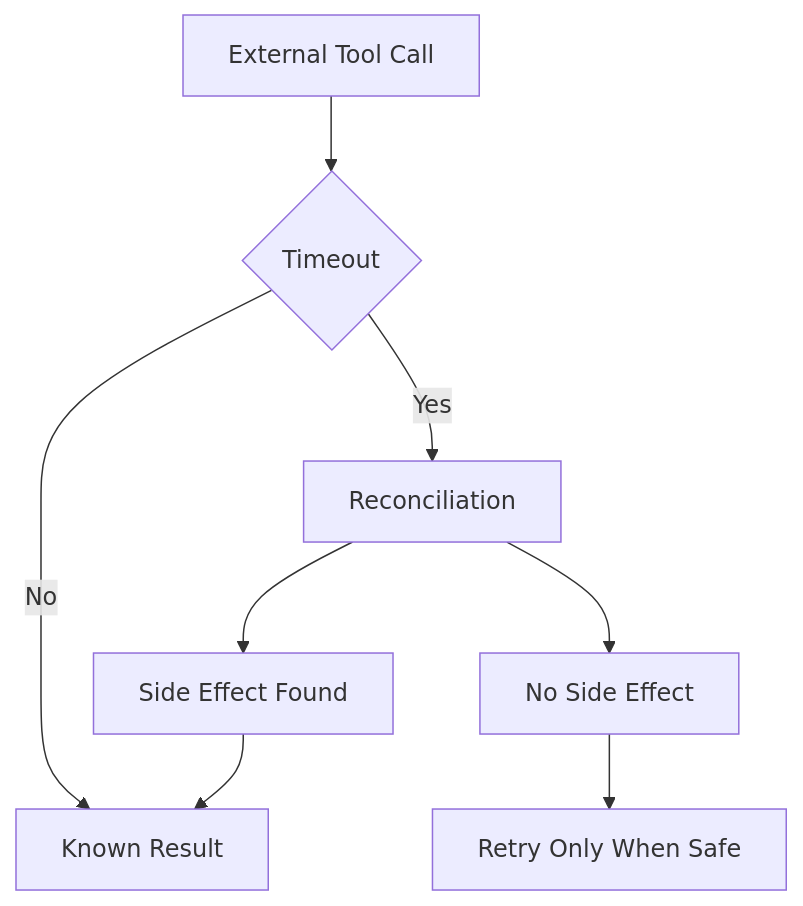
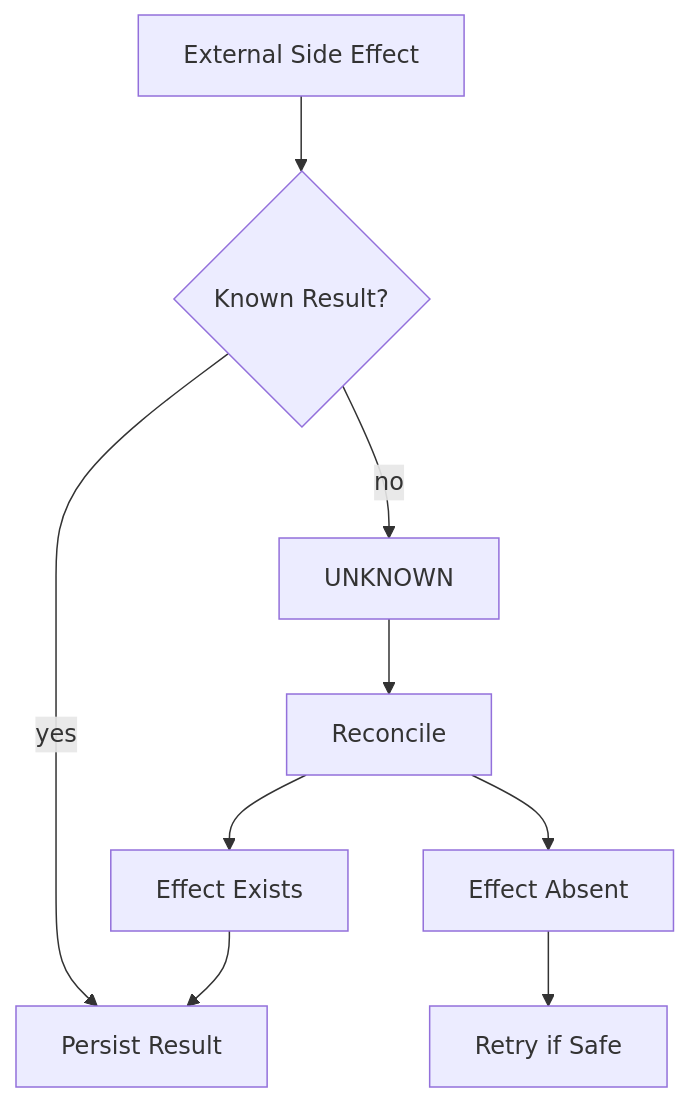
Before and after one commit to D-engahmed/OMILINKS: the fourth of 4 diagrams in docs/domain/tools.md, drawn with Mermaid. The commit also changed other lines of this file and 1 other file, not shown here.

```diff
--- a/docs/domain/tools.md
+++ b/docs/domain/tools.md
@@ -172,10 +177,11 @@
 ~~~mermaid
 flowchart TD
-CALL[External Tool Call] --> TIMEOUT{Timeout}
-TIMEOUT -->|No| KNOWN[Known Result]
-TIMEOUT -->|Yes| RECON[Reconciliation]
-RECON --> FOUND[Side Effect Found]
-RECON --> NOTFOUND[No Side Effect]
-FOUND --> KNOWN
-NOTFOUND --> RETRY[Retry Only When Safe]
+CALL[External Side Effect] --> RESULT{Known Result?}
+RESULT -->|yes| DONE[Persist Result]
+RESULT -->|no| UNKNOWN[UNKNOWN]
+UNKNOWN --> RECON[Reconcile]
+RECON --> EXISTS[Effect Exists]
+RECON --> ABSENT[Effect Absent]
+EXISTS --> DONE
+ABSENT --> RETRY[Retry if Safe]
 ~~~
```
